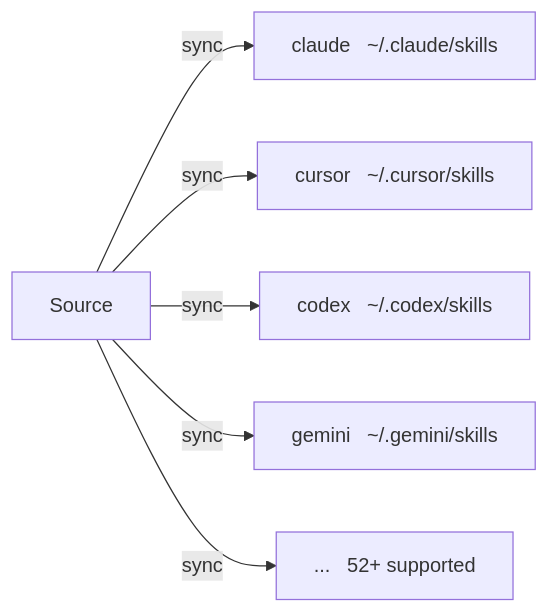
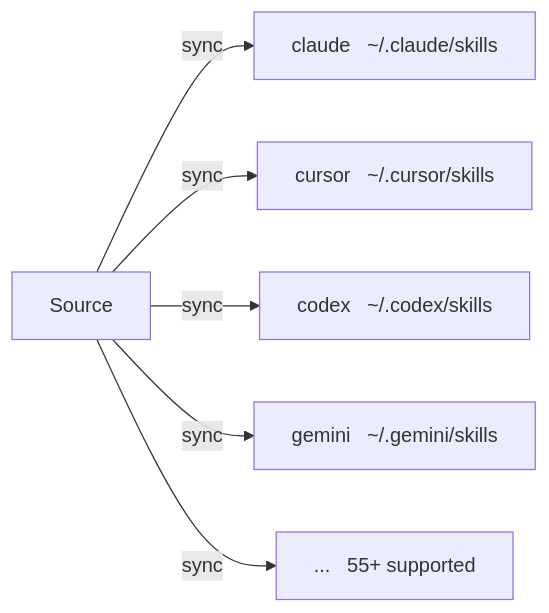
One commit to runkids/skillshare changed the diagram in website/docs/reference/targets/index.md. Above: the diagram before and after it, drawn with Mermaid. The commit also changed other lines of this file and 9 other files, not shown here.

````diff
--- a/website/docs/reference/targets/index.md
+++ b/website/docs/reference/targets/index.md
@@ -11,15 +11,15 @@
 ```mermaid
 flowchart LR
     SRC["Source"]
     TGT_CLAUDE["claude &nbsp; ~/.claude/skills"]
     TGT_CURSOR["cursor &nbsp; ~/.cursor/skills"]
     TGT_CODEX["codex &nbsp; ~/.codex/skills"]
     TGT_GEMINI["gemini &nbsp; ~/.gemini/skills"]
-    TGT_MORE["... &nbsp; 52+ supported"]
+    TGT_MORE["... &nbsp; 55+ supported"]
 
     SRC -->|sync| TGT_CLAUDE
     SRC -->|sync| TGT_CURSOR
     SRC -->|sync| TGT_CODEX
     SRC -->|sync| TGT_GEMINI
     SRC -->|sync| TGT_MORE
 ```
````
